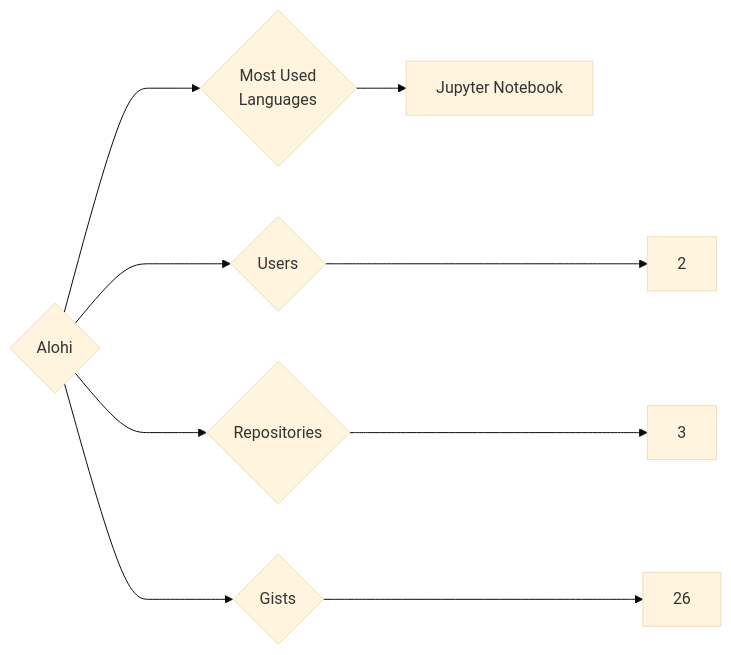
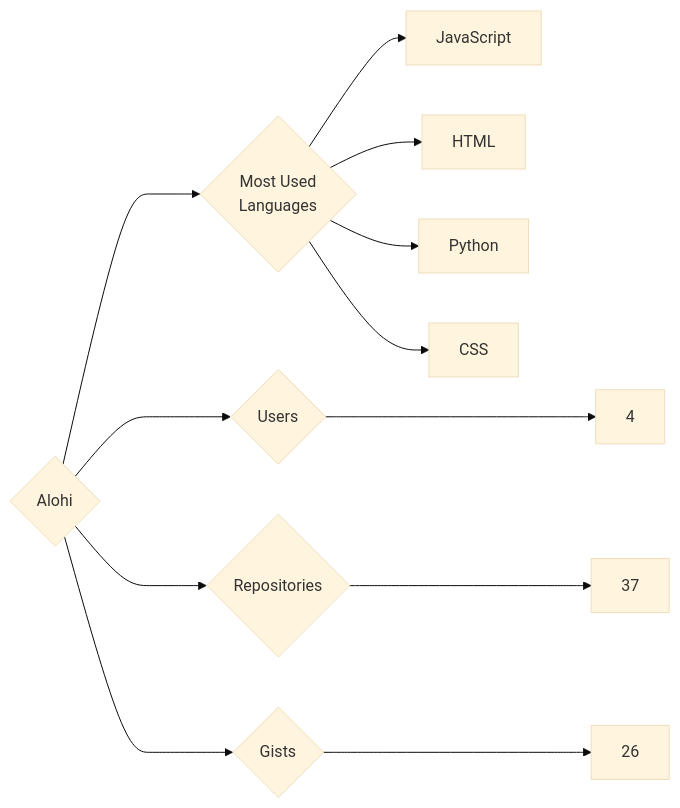
The diagram in targets/Alohi/README.md (trickest/insiders), drawn with Mermaid (base theme) before and after one commit. The commit also changed 894 other files, not shown here.

````diff
--- a/targets/Alohi/README.md
+++ b/targets/Alohi/README.md
@@ -3,9 +3,12 @@
 ```mermaid
 graph LR
 COMPANY_NAME{Alohi}
-COMPANY_NAME ---> U{Users} ---> UN[2]
-COMPANY_NAME ---> R{Repositories} ---> RN[3]
+COMPANY_NAME ---> U{Users} ---> UN[4]
+COMPANY_NAME ---> R{Repositories} ---> RN[37]
 COMPANY_NAME ---> G{Gists} ---> GN[26]
 COMPANY_NAME ---> ML{Most Used<br>Languages}
-ML --> Jupyter_Notebook[Jupyter Notebook]
+ML --> JavaScript[JavaScript]
+ML --> HTML[HTML]
+ML --> Python[Python]
+ML --> CSS[CSS]
 ```
````
